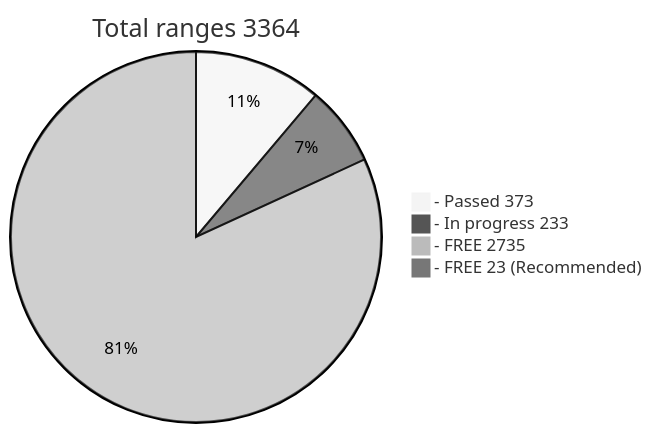
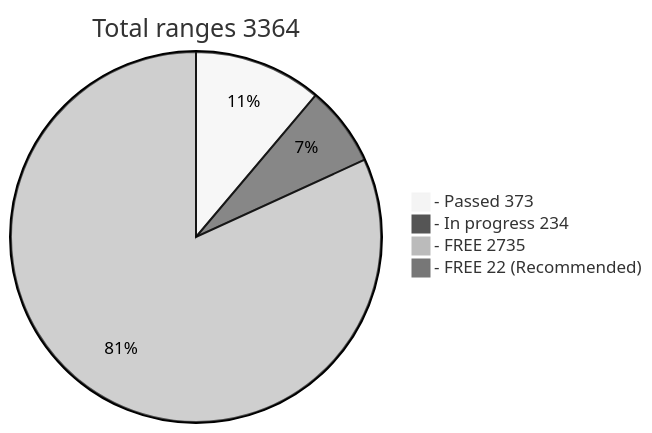
Before and after one commit to phrutis/wif500: the diagram in README.md, drawn with Mermaid (neutral theme).

````diff
--- a/README.md
+++ b/README.md
@@ -16,7 +16,7 @@
 ```mermaid
 pie title Total ranges 3364
   "- Passed 373" : 373
-  "- In progress 233" : 233
+  "- In progress 234" : 234
   "- FREE 2735" : 2735
-  "- FREE 23 (Recommended)" : 23
+  "- FREE 22 (Recommended)" : 22
 ```
````
